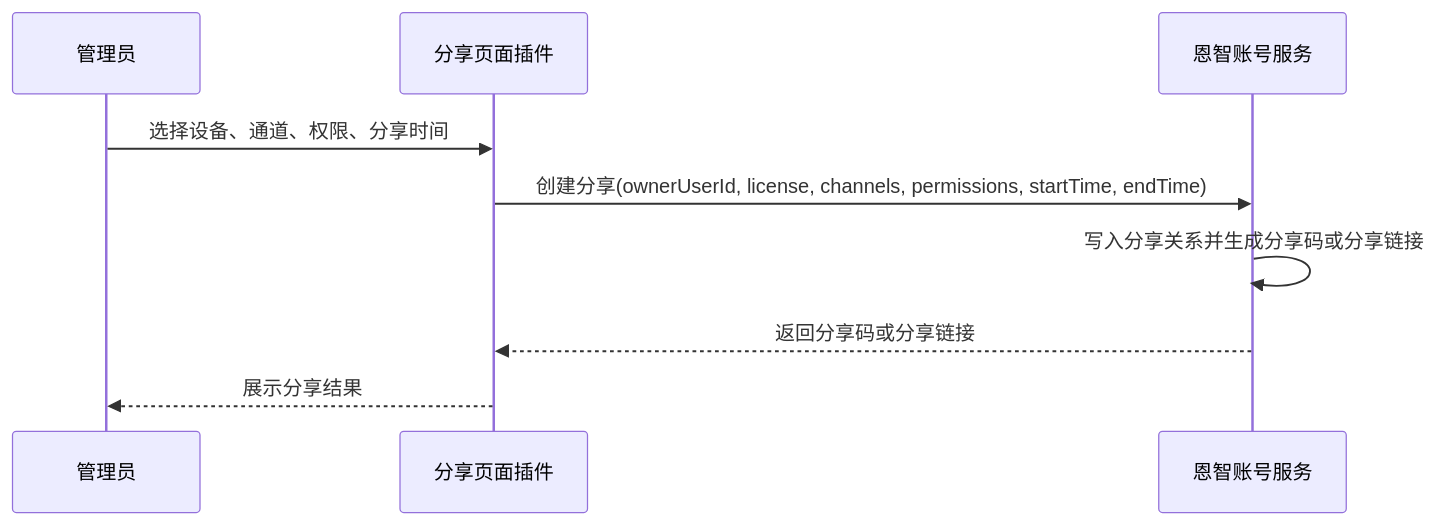
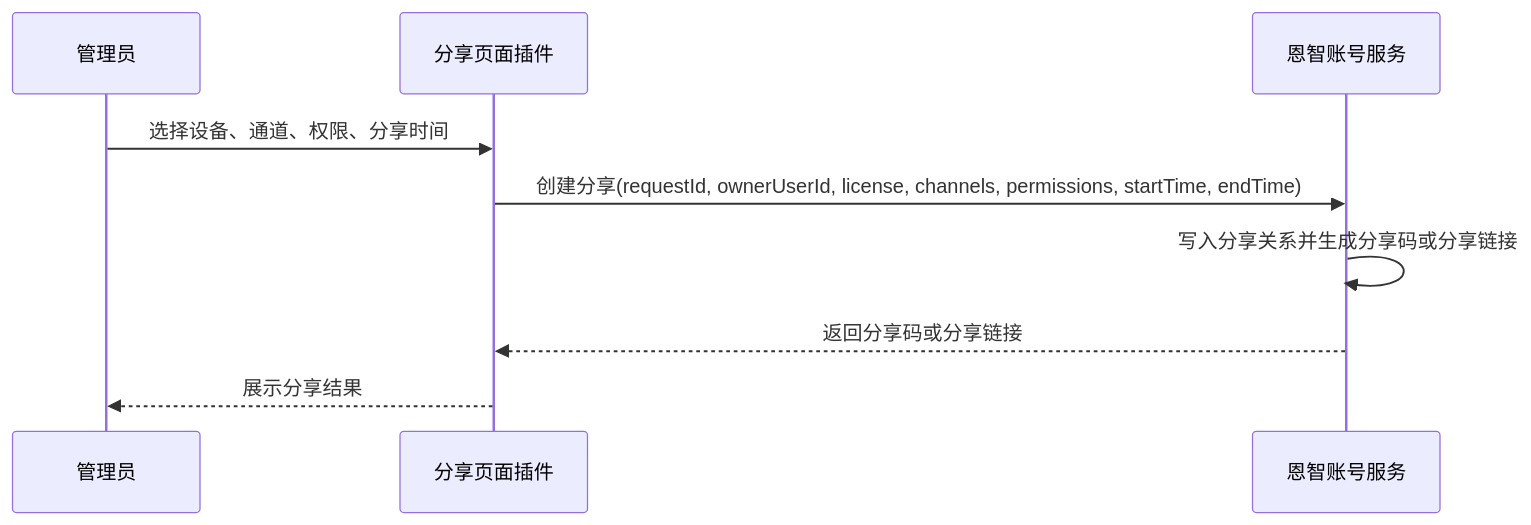
One commit to itmanlee/IoT-Device-Plugin-Framework changed the seventh of 16 diagrams in App端物联网设备模块插件化开发方案.md. Above: the diagram before and after it, drawn with Mermaid. The commit also changed other lines of this file, not shown here.

````diff
--- a/App端物联网设备模块插件化开发方案.md
+++ b/App端物联网设备模块插件化开发方案.md
@@ -258,12 +259,12 @@
 ```mermaid
 sequenceDiagram
     participant Admin as 管理员
     participant Plugin as 分享页面插件
     participant EZ as 恩智账号服务
 
     Admin->>Plugin: 选择设备、通道、权限、分享时间
-    Plugin->>EZ: 创建分享(ownerUserId, license, channels, permissions, startTime, endTime)
+    Plugin->>EZ: 创建分享(requestId, ownerUserId, license, channels, permissions, startTime, endTime)
     EZ->>EZ: 写入分享关系并生成分享码或分享链接
     EZ-->>Plugin: 返回分享码或分享链接
     Plugin-->>Admin: 展示分享结果
 ```
````
